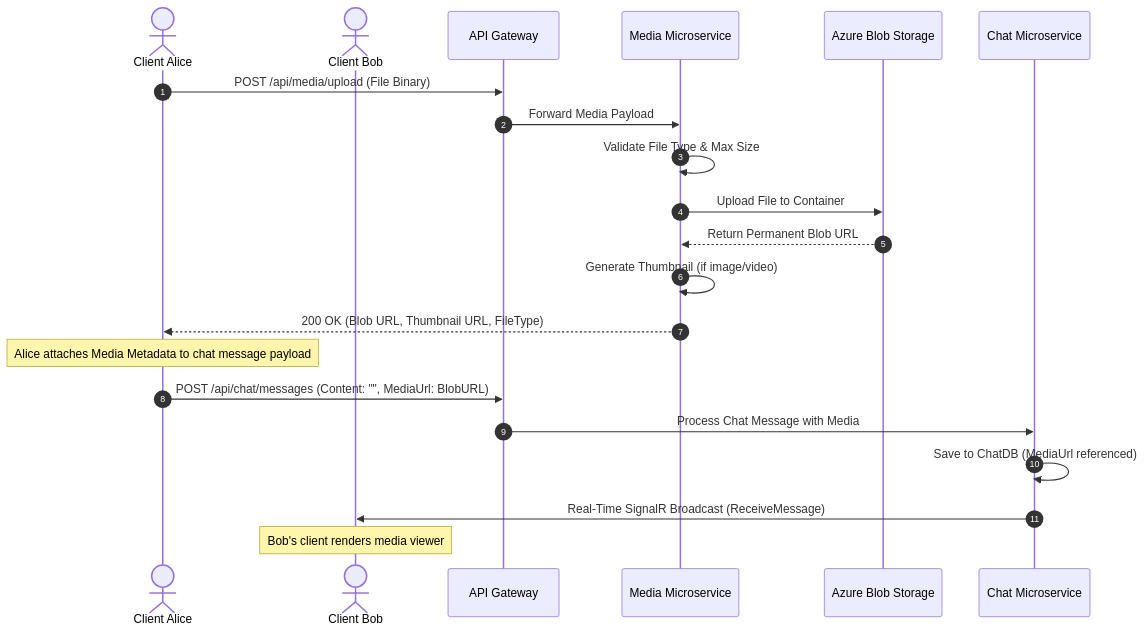
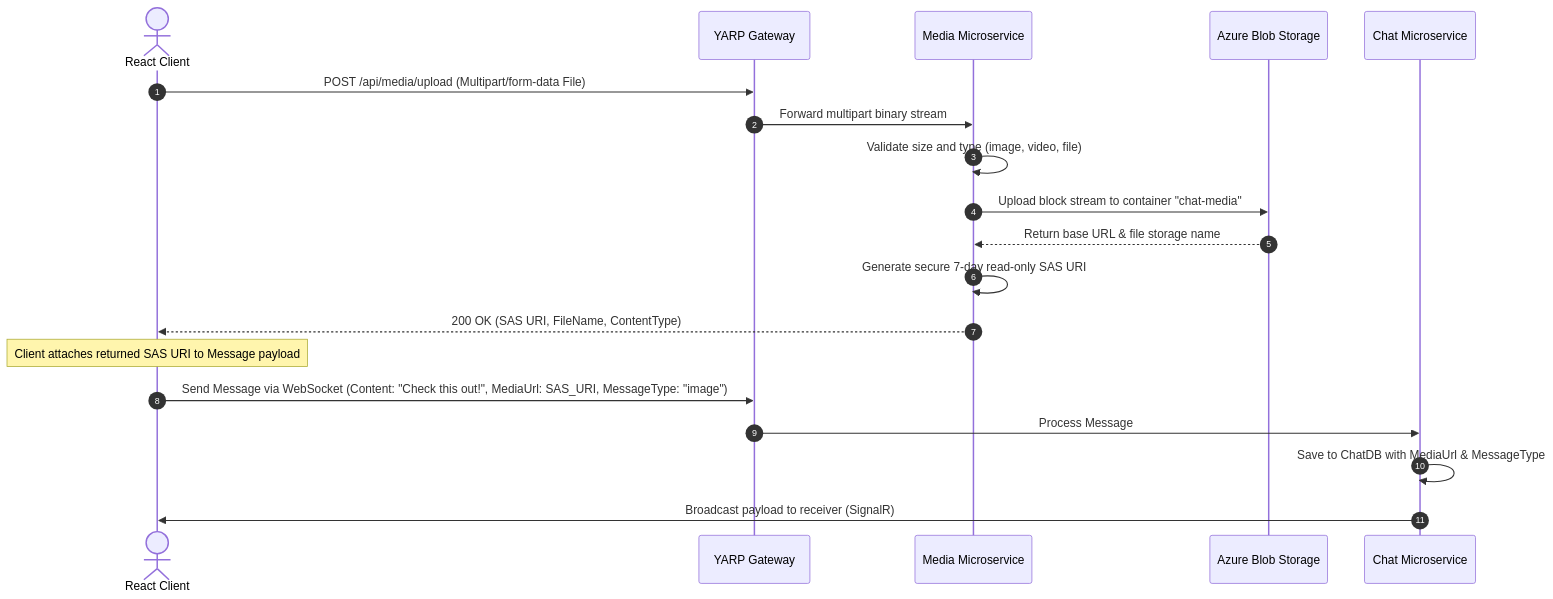
Before and after one commit to Abhishekmaheshwari123/Real_Time_Chat_Application: the third of 6 diagrams in README.md, drawn with Mermaid. The commit also changed other lines of this file, not shown here.

````diff
--- a/README.md
+++ b/README.md
@@ -126,25 +162,23 @@
 ```mermaid
 sequenceDiagram
     autonumber
-    actor Alice as Client Alice
-    actor Bob as Client Bob
-    participant Gateway as API Gateway
+    actor Client as React Client
+    participant Gateway as YARP Gateway
     participant Media as Media Microservice
     participant Blob as Azure Blob Storage
     participant Chat as Chat Microservice
 
-    Alice->>Gateway: POST /api/media/upload (File Binary)
-    Gateway->>Media: Forward Media Payload
-    Media->>Media: Validate File Type & Max Size
-    Media->>Blob: Upload File to Container
-    Blob-->>Media: Return Permanent Blob URL
-    Media->>Media: Generate Thumbnail (if image/video)
-    Media-->>Alice: 200 OK (Blob URL, Thumbnail URL, FileType)
-    
-    Note over Alice: Alice attaches Media Metadata to chat message payload
-    Alice->>Gateway: POST /api/chat/messages (Content: "", MediaUrl: BlobURL)
-    Gateway->>Chat: Process Chat Message with Media
-    Chat->>Chat: Save to ChatDB (MediaUrl referenced)
-    Chat->>Bob: Real-Time SignalR Broadcast (ReceiveMessage)
-    Note over Bob: Bob's client renders media viewer
+    Client->>Gateway: POST /api/media/upload (Multipart/form-data File)
+    Gateway->>Media: Forward multipart binary stream
+    Media->>Media: Validate size and type (image, video, file)
+    Media->>Blob: Upload block stream to container "chat-media"
+    Blob-->>Media: Return base URL & file storage name
+    Media->>Media: Generate secure 7-day read-only SAS URI
+    Media-->>Client: 200 OK (SAS URI, FileName, ContentType)
+
+    Note over Client: Client attaches returned SAS URI to Message payload
+    Client->>Gateway: Send Message via WebSocket (Content: "Check this out!", MediaUrl: SAS_URI, MessageType: "image")
+    Gateway->>Chat: Process Message
+    Chat->>Chat: Save to ChatDB with MediaUrl & MessageType
+    Chat->>Client: Broadcast payload to receiver (SignalR)
 ```
````
